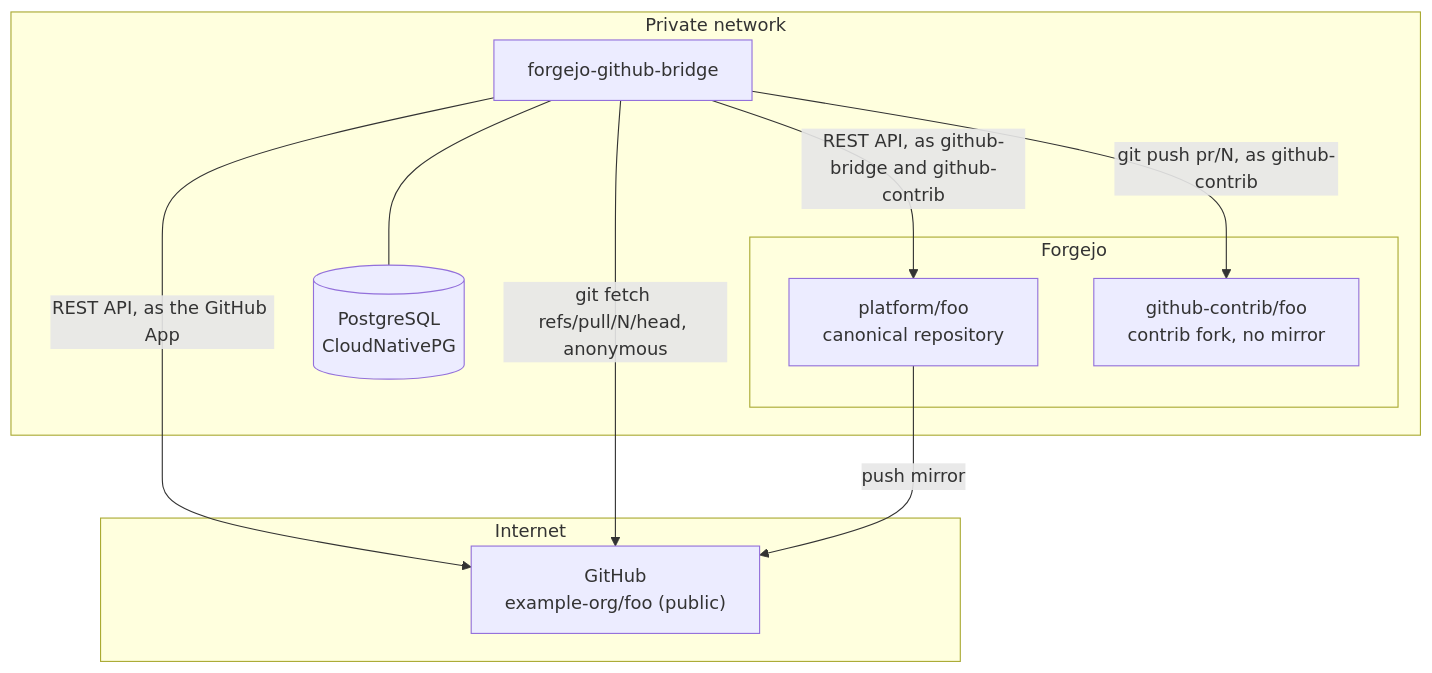
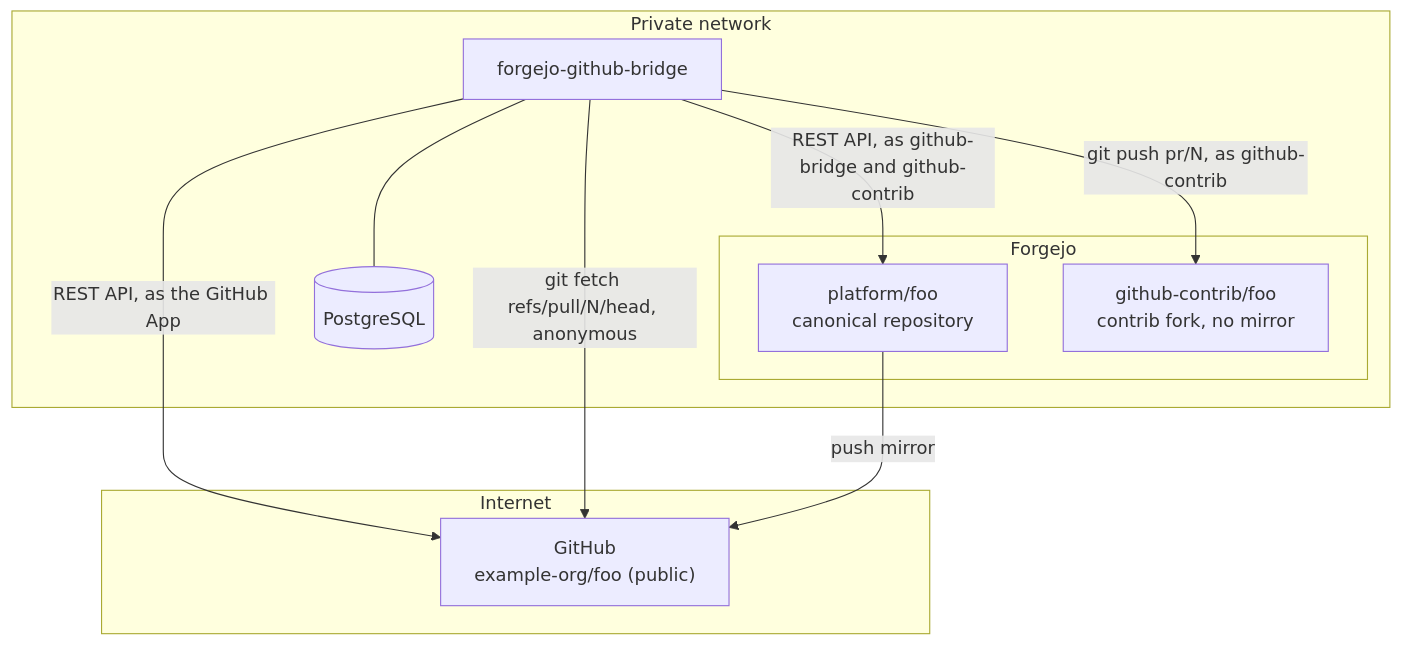
Before and after one commit to metapatrol/forgejo-github-bridge: the first of 4 diagrams in docs/architecture.md, drawn with Mermaid. The commit also changed 21 other files, not shown here.

````diff
--- a/docs/architecture.md
+++ b/docs/architecture.md
@@ -21,20 +21,20 @@
 ```mermaid
 flowchart TB
   subgraph internet["Internet"]
     gh["GitHub<br/>example-org/foo (public)"]
   end
   subgraph private["Private network"]
     bridge["forgejo-github-bridge"]
-    db[("PostgreSQL<br/>CloudNativePG")]
+    db[("PostgreSQL")]
     subgraph forgejo["Forgejo"]
       canon["platform/foo<br/>canonical repository"]
       contrib["github-contrib/foo<br/>contrib fork, no mirror"]
     end
   end
   bridge -- "REST API, as the GitHub App" --> gh
   bridge -- "git fetch refs/pull/N/head, anonymous" --> gh
   bridge -- "REST API, as github-bridge and github-contrib" --> canon
   bridge -- "git push pr/N, as github-contrib" --> contrib
   bridge --- db
   canon -- "push mirror" --> gh
 ```
````
